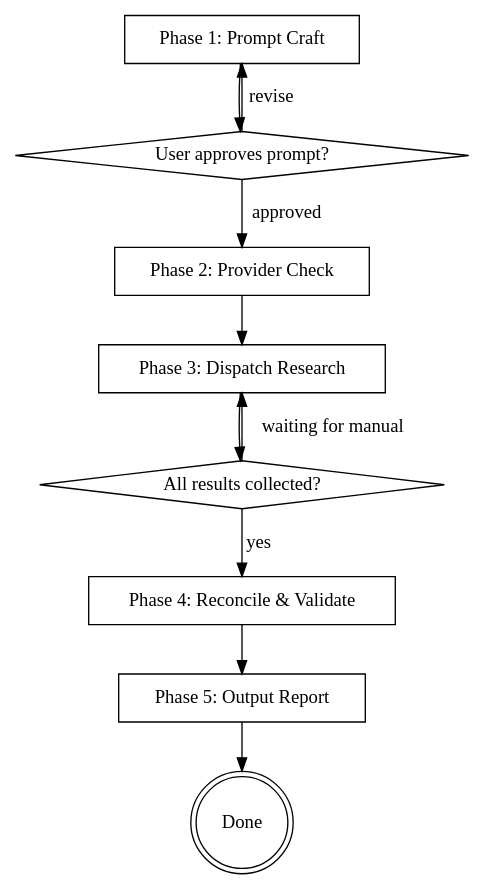
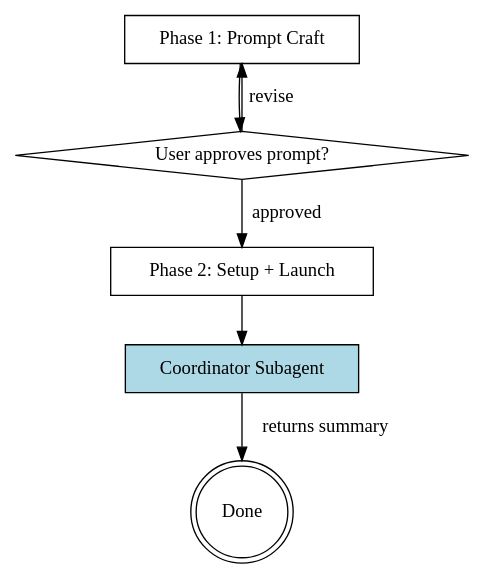
The diagram in SKILL.md (Blevene/giga-research-skill), drawn with Graphviz before and after one commit. The commit also changed other lines of this file and 8 other files, not shown here.

First line of the commit message:
feat: add orchestrate CLI command and coordinator subagent pattern

````diff
--- a/SKILL.md
+++ b/SKILL.md
@@ -37,23 +37,16 @@
 ```dot
 digraph workflow {
     rankdir=TB;
     "Phase 1: Prompt Craft" [shape=box];
     "User approves prompt?" [shape=diamond];
-    "Phase 2: Provider Check" [shape=box];
-    "Phase 3: Dispatch Research" [shape=box];
-    "All results collected?" [shape=diamond];
-    "Phase 4: Reconcile & Validate" [shape=box];
-    "Phase 5: Output Report" [shape=box];
+    "Phase 2: Setup + Launch" [shape=box];
+    "Coordinator Subagent" [shape=box, style=filled, fillcolor=lightblue];
     "Done" [shape=doublecircle];
 
     "Phase 1: Prompt Craft" -> "User approves prompt?";
     "User approves prompt?" -> "Phase 1: Prompt Craft" [label="revise"];
-    "User approves prompt?" -> "Phase 2: Provider Check" [label="approved"];
-    "Phase 2: Provider Check" -> "Phase 3: Dispatch Research";
-    "Phase 3: Dispatch Research" -> "All results collected?";
-    "All results collected?" -> "Phase 3: Dispatch Research" [label="waiting for manual"];
-    "All results collected?" -> "Phase 4: Reconcile & Validate" [label="yes"];
-    "Phase 4: Reconcile & Validate" -> "Phase 5: Output Report";
-    "Phase 5: Output Report" -> "Done";
+    "User approves prompt?" -> "Phase 2: Setup + Launch" [label="approved"];
+    "Phase 2: Setup + Launch" -> "Coordinator Subagent";
+    "Coordinator Subagent" -> "Done" [label="returns summary"];
 }
 ```
````
